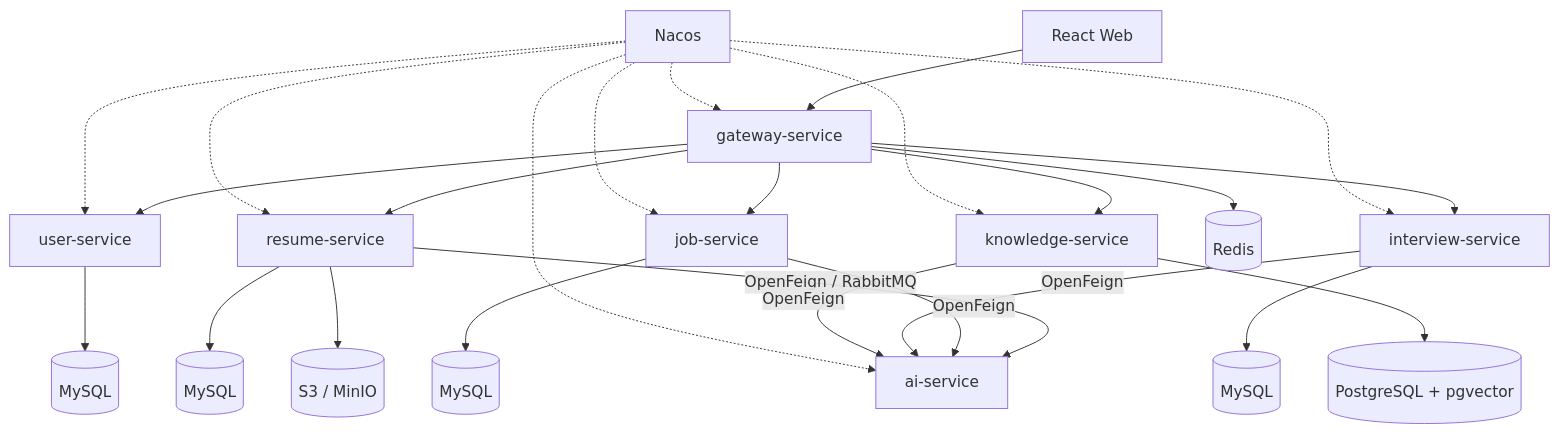
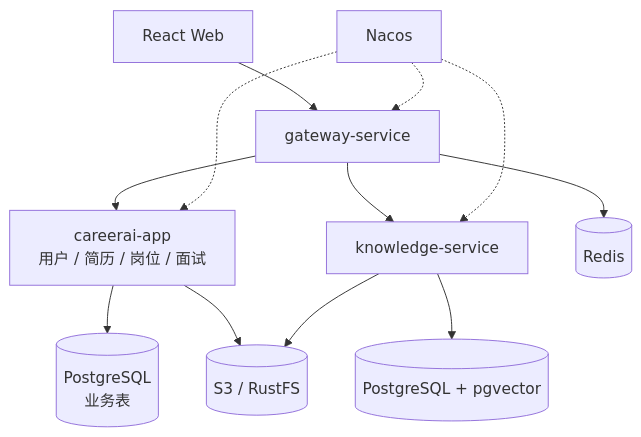
Before and after one commit to w0nderful-yzh/CareerAI: the second of 2 diagrams in README.md, drawn with Mermaid. The commit also changed other lines of this file and 1198 other files, not shown here.

````diff
--- a/README.md
+++ b/README.md
@@ -76,30 +76,16 @@
 ```mermaid
 flowchart TB
     WEB["React Web"] --> GW["gateway-service"]
-    GW --> USER["user-service"]
-    GW --> RESUME["resume-service"]
-    GW --> JOB["job-service"]
-    GW --> INTERVIEW["interview-service"]
+    GW --> APP["careerai-app<br/>用户 / 简历 / 岗位 / 面试"]
     GW --> KNOWLEDGE["knowledge-service"]
 
-    RESUME -->|"OpenFeign / RabbitMQ"| AI["ai-service"]
-    JOB -->|"OpenFeign"| AI
-    INTERVIEW -->|"OpenFeign"| AI
-    KNOWLEDGE -->|"OpenFeign"| AI
-
-    USER --> MYSQL1[("MySQL")]
-    RESUME --> MYSQL2[("MySQL")]
-    JOB --> MYSQL3[("MySQL")]
-    INTERVIEW --> MYSQL4[("MySQL")]
+    APP --> PGAPP[("PostgreSQL<br/>业务表")]
     KNOWLEDGE --> PG[("PostgreSQL + pgvector")]
-    RESUME --> OSS[("S3 / MinIO")]
+    APP --> OSS[("S3 / RustFS")]
+    KNOWLEDGE --> OSS
     GW --> REDIS[("Redis")]
 
     NACOS["Nacos"] -.-> GW
-    NACOS -.-> USER
-    NACOS -.-> RESUME
-    NACOS -.-> JOB
-    NACOS -.-> INTERVIEW
+    NACOS -.-> APP
     NACOS -.-> KNOWLEDGE
-    NACOS -.-> AI
 ```
````
